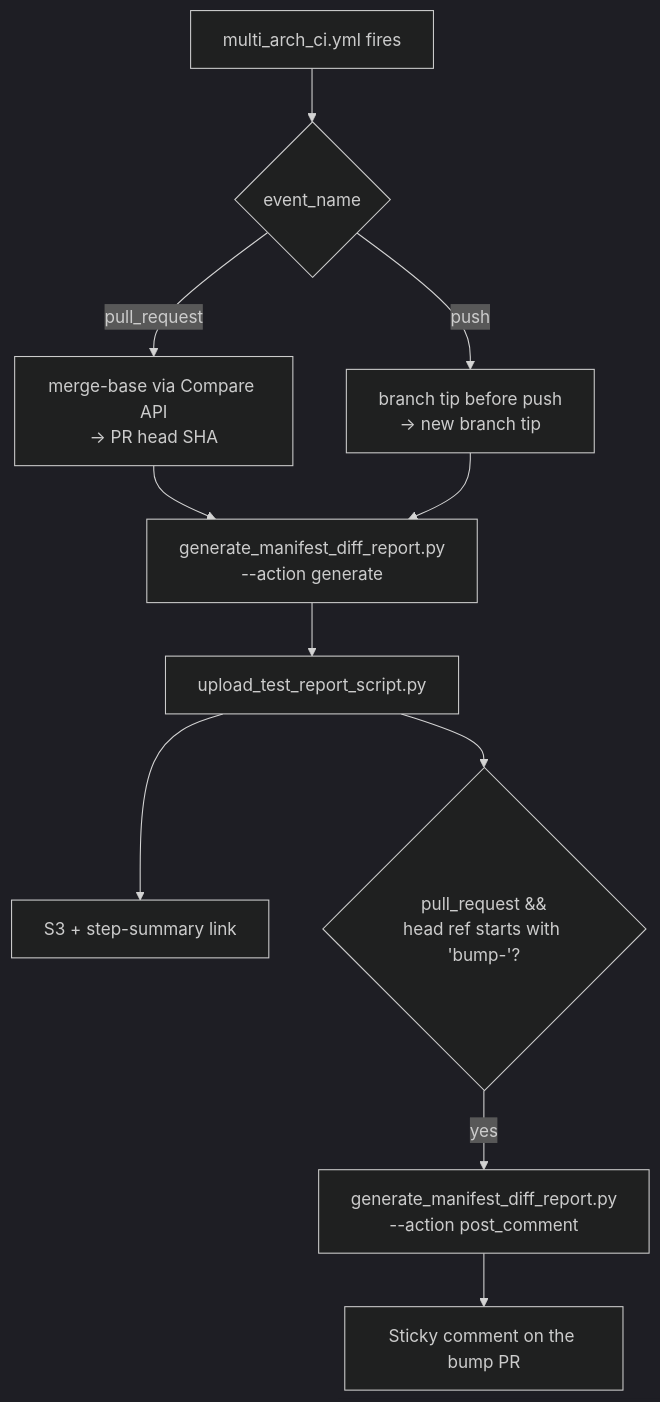
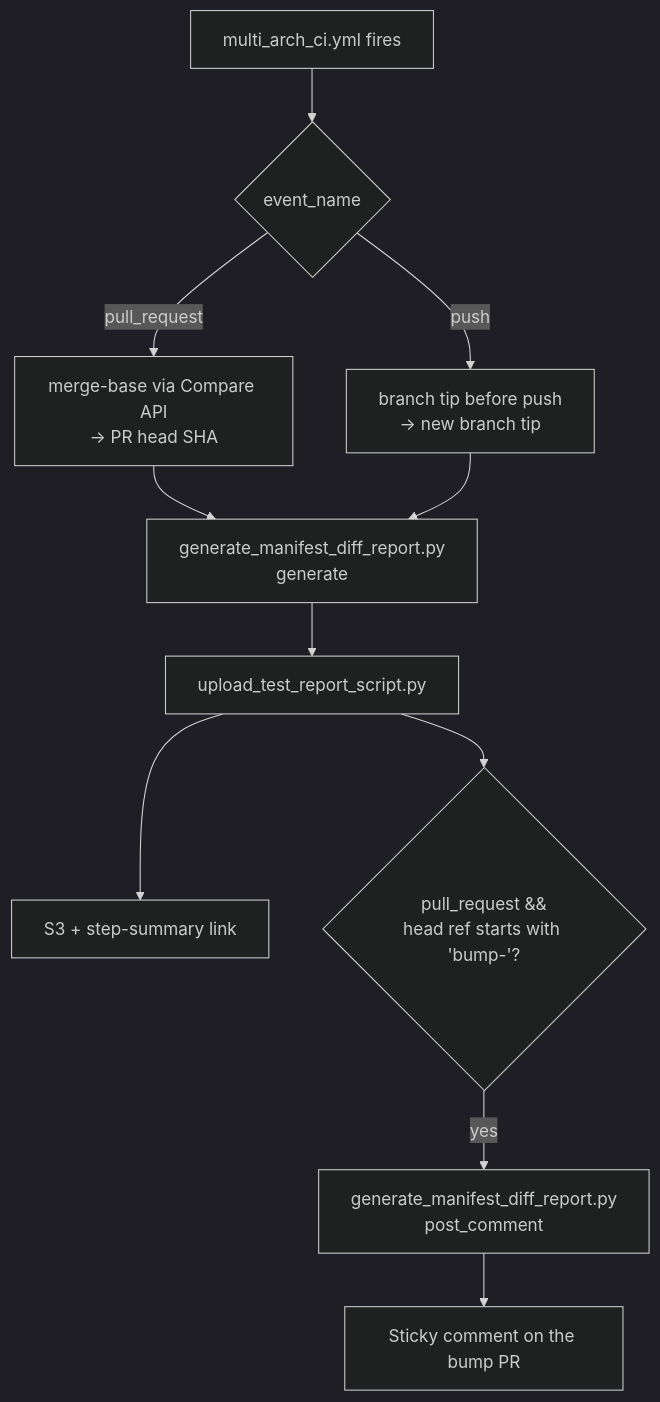
Before and after one commit to ROCm/TheRock: the diagram in docs/development/manifest_diff.md, drawn with Mermaid (dark theme). The commit also changed other lines of this file and 3 other files, not shown here.

Commit message:
ci(manifest-diff): Convert --action flag to argparse subcommands per review

````diff
--- a/docs/development/manifest_diff.md
+++ b/docs/development/manifest_diff.md
@@ -15,13 +15,13 @@
 ```mermaid
 flowchart TD
     A[multi_arch_ci.yml fires] --> B{event_name}
     B -- pull_request --> P[merge-base via Compare API<br/>→ PR head SHA]
     B -- push --> U[branch tip before push<br/>→ new branch tip]
-    P --> G["generate_manifest_diff_report.py<br/>--action generate"]
+    P --> G["generate_manifest_diff_report.py<br/>generate"]
     U --> G
     G --> O[upload_test_report_script.py]
     O --> H[S3 + step-summary link]
     O --> C{"pull_request &&<br/>head ref starts with 'bump-'?"}
-    C -- yes --> D["generate_manifest_diff_report.py<br/>--action post_comment"]
+    C -- yes --> D["generate_manifest_diff_report.py<br/>post_comment"]
     D --> E[Sticky comment on the bump PR]
 ```
````
